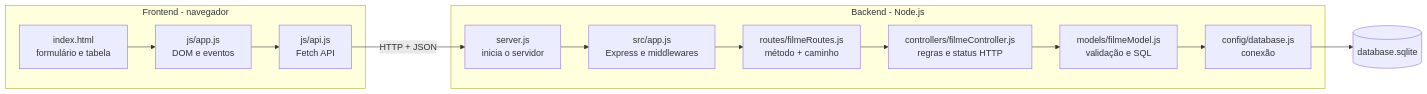
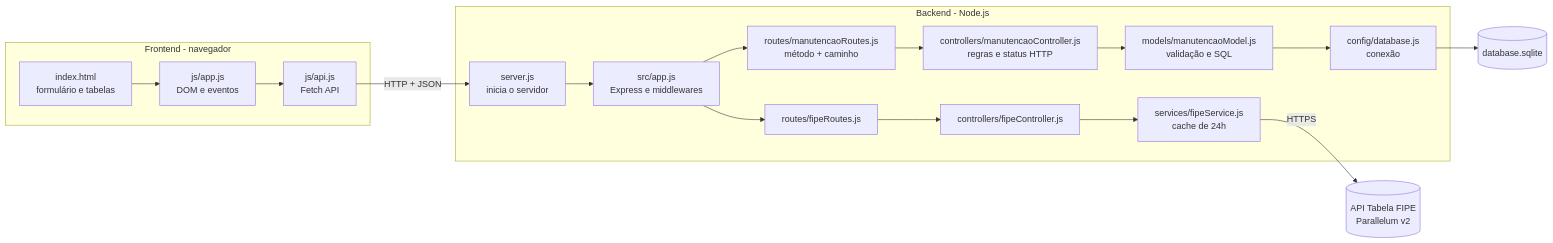
The diagram in README.md (saulogabdev/trabalho-progint-saulo-roberto), drawn with Mermaid before and after one commit. The commit also changed other lines of this file and 17 other files, not shown here.

````diff
--- a/README.md
+++ b/README.md
@@ -48,16 +61,20 @@
 ```mermaid
 flowchart LR
   subgraph FE[Frontend - navegador]
-    HTML[index.html<br>formulário e tabela] --> APPJS[js/app.js<br>DOM e eventos]
+    HTML[index.html<br>formulário e tabelas] --> APPJS[js/app.js<br>DOM e eventos]
     APPJS --> APIJS[js/api.js<br>Fetch API]
   end
   APIJS -- "HTTP + JSON" --> SERVER
   subgraph BE[Backend - Node.js]
     SERVER[server.js<br>inicia o servidor] --> APP[src/app.js<br>Express e middlewares]
-    APP --> ROUTES[routes/filmeRoutes.js<br>método + caminho]
-    ROUTES --> CTRL[controllers/filmeController.js<br>regras e status HTTP]
-    CTRL --> MODEL[models/filmeModel.js<br>validação e SQL]
+    APP --> ROUTES[routes/manutencaoRoutes.js<br>método + caminho]
+    ROUTES --> CTRL[controllers/manutencaoController.js<br>regras e status HTTP]
+    CTRL --> MODEL[models/manutencaoModel.js<br>validação e SQL]
     MODEL --> DB[config/database.js<br>conexão]
+    APP --> FROUTES[routes/fipeRoutes.js]
+    FROUTES --> FCTRL[controllers/fipeController.js]
+    FCTRL --> FSERV[services/fipeService.js<br>cache de 24h]
   end
   DB --> SQLITE[(database.sqlite)]
+  FSERV -- "HTTPS" --> FIPE[(API Tabela FIPE<br>Parallelum v2)]
 ```
````
